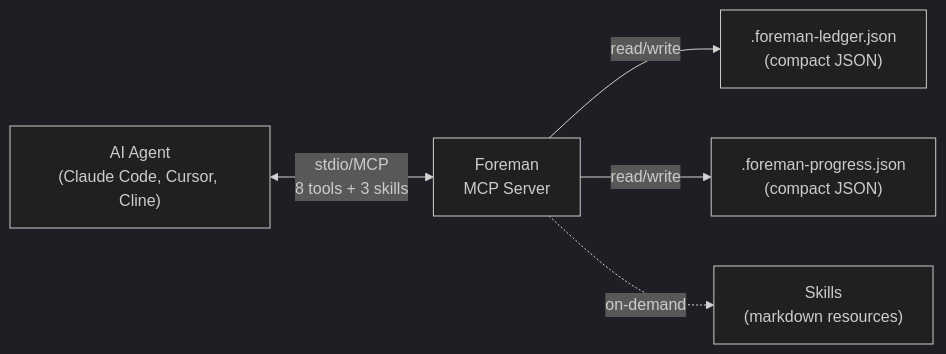
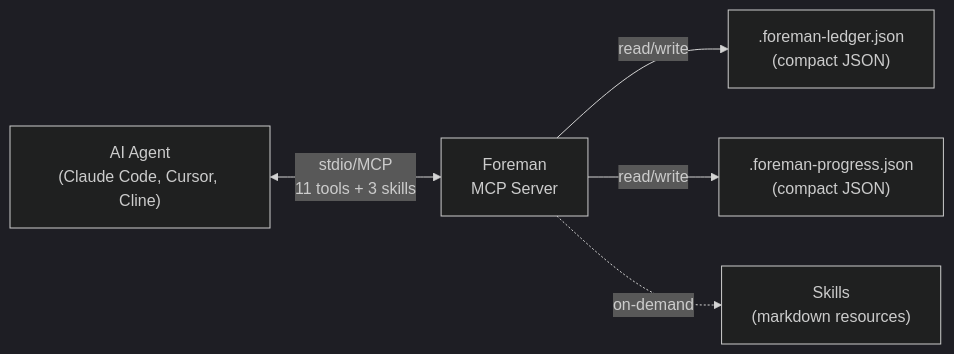
The second of 2 diagrams in README.md (malindarathnayake/Foreman), drawn with Mermaid (dark theme) before and after one commit. The commit also changed other lines of this file, not shown here.

Commit message:
Update README for v0.0.4 — 11 tools, skill activation section, test count

````diff
--- a/README.md
+++ b/README.md
@@ -202,7 +204,7 @@
 ```mermaid
 graph LR
-    A["AI Agent<br/>(Claude Code, Cursor, Cline)"] <-->|"stdio/MCP<br/>8 tools + 3 skills"| B["Foreman<br/>MCP Server"]
+    A["AI Agent<br/>(Claude Code, Cursor, Cline)"] <-->|"stdio/MCP<br/>11 tools + 3 skills"| B["Foreman<br/>MCP Server"]
     B -->|"read/write"| C[".foreman-ledger.json<br/>(compact JSON)"]
     B -->|"read/write"| D[".foreman-progress.json<br/>(compact JSON)"]
     B -.->|"on-demand"| E["Skills<br/>(markdown resources)"]
 ```
````
